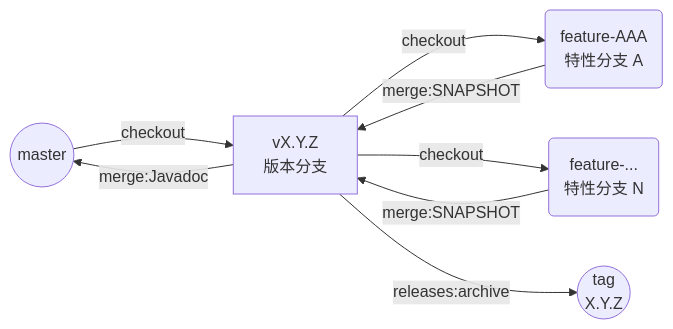
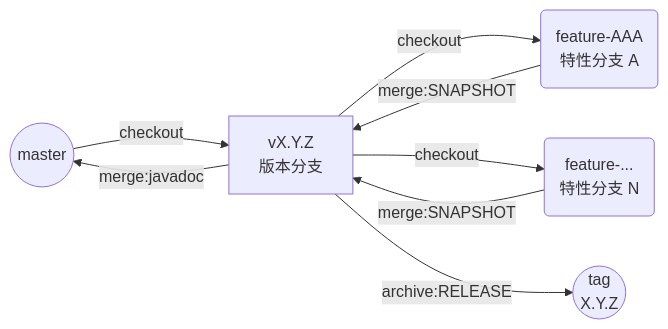
The first of 2 diagrams in DevSOP.md (EXP-Codes/exp-libs-refactor), drawn with Mermaid before and after one commit.

````diff
--- a/DevSOP.md
+++ b/DevSOP.md
@@ -28,10 +28,10 @@
 ```mermaid
 graph LR
     master((master)) -- checkout --> version[vX.Y.Z<br/>版本分支]
     version -- checkout --> featureA(feature-AAA<br/>特性分支 A)
     version -- checkout --> featureN(feature-...<br/>特性分支 N)
     featureA -- merge:SNAPSHOT --> version
     featureN -- merge:SNAPSHOT --> version
-    version -- merge:Javadoc --> master
-    version -- releases:archive --> tag((tag<br/>X.Y.Z))
+    version -- merge:javadoc --> master
+    version -- archive:RELEASE --> tag((tag<br/>X.Y.Z))
 ```
````
